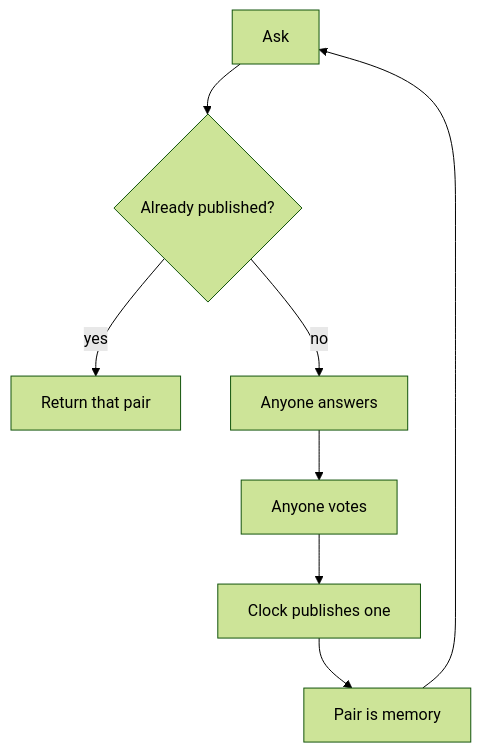
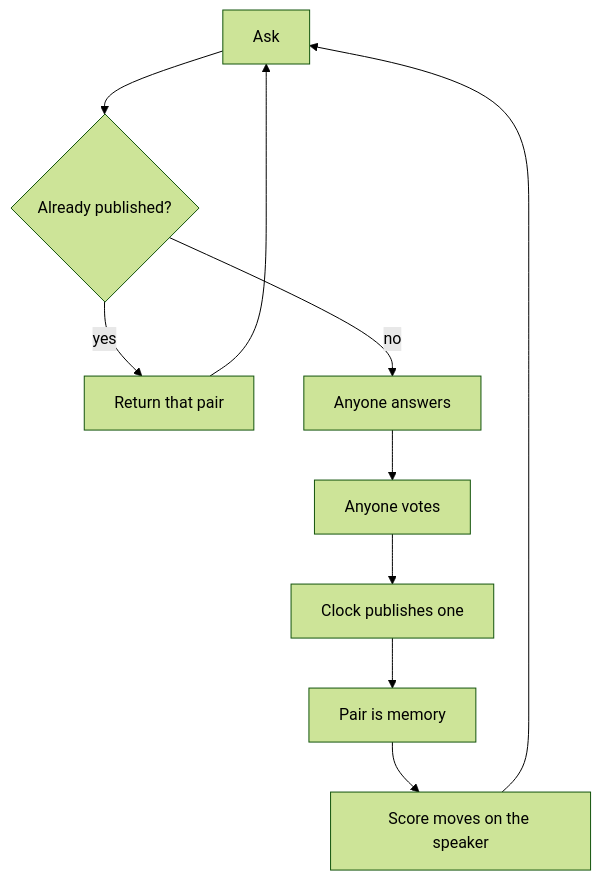
One commit to Thingscorp/pgeon-llm changed the diagram in WHITEPAPER.md. Above: the diagram before and after it, drawn with Mermaid (forest theme). The commit also changed other lines of this file and 1 other file, not shown here.

````diff
--- a/WHITEPAPER.md
+++ b/WHITEPAPER.md
@@ -17,10 +9,12 @@
 ```mermaid
 flowchart TD
   A[Ask] --> B{Already published?}
   B -->|yes| C[Return that pair]
   B -->|no| D[Anyone answers]
   D --> E[Anyone votes]
   E --> F[Clock publishes one]
   F --> G[Pair is memory]
-  G --> A
+  G --> H[Score moves on the speaker]
+  C --> A
+  H --> A
 ```
````
